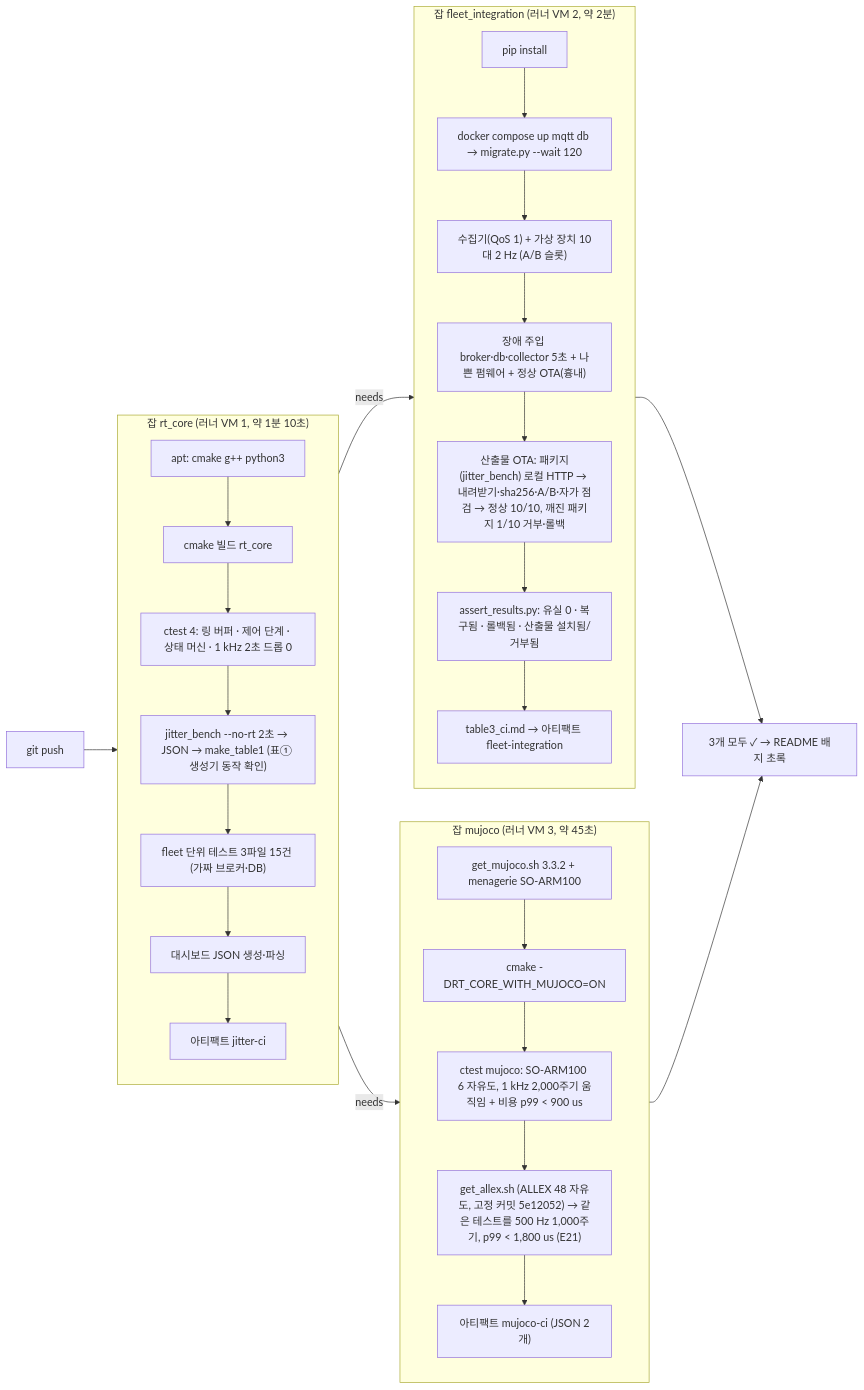
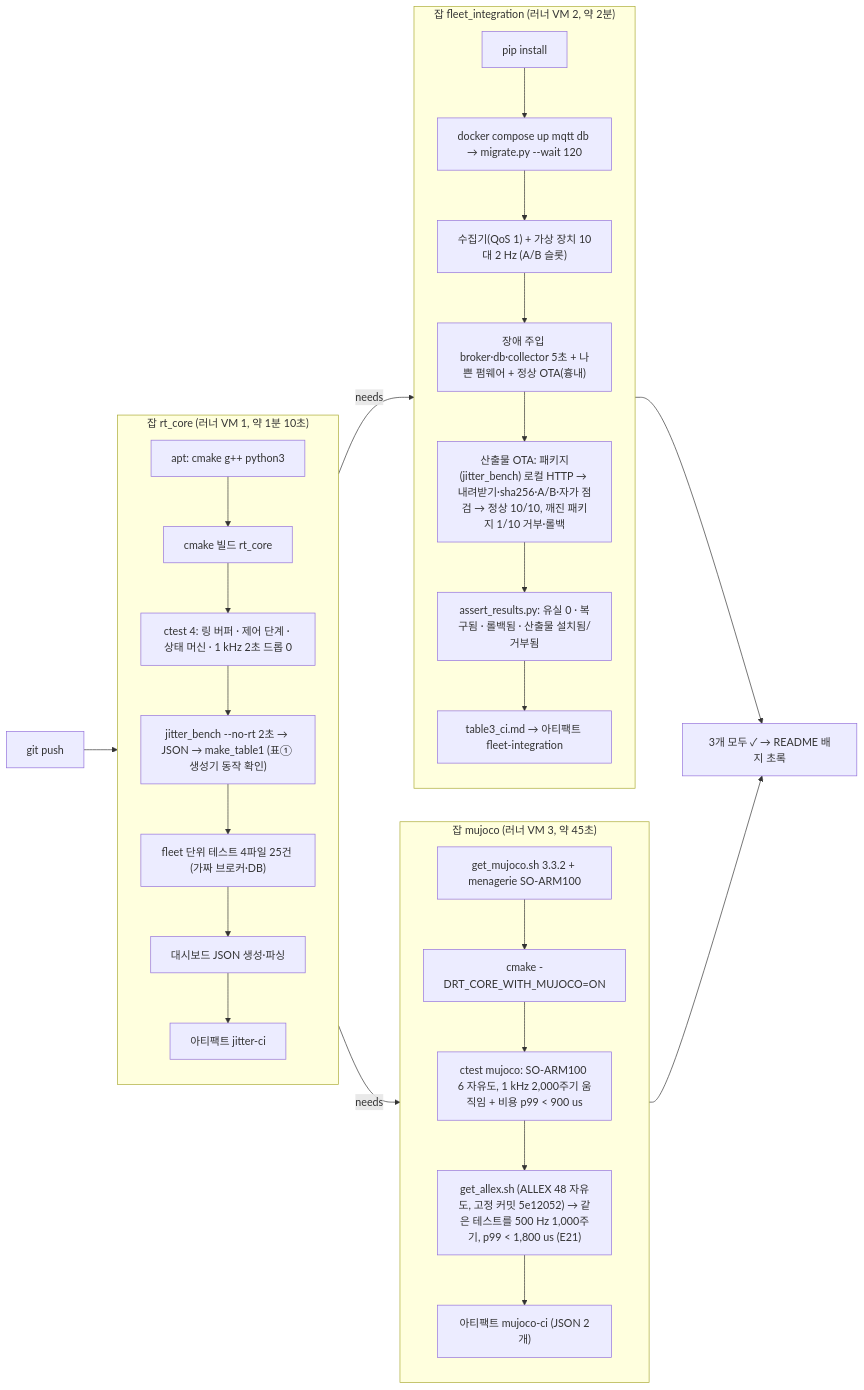
One commit to ohevance/rt-robot-data-infra changed the second of 3 diagrams in docs/ENVIRONMENT.md. Above: the diagram before and after it, drawn with Mermaid. The commit also changed other lines of this file and 12 other files, not shown here.

````diff
--- a/docs/ENVIRONMENT.md
+++ b/docs/ENVIRONMENT.md
@@ -118,26 +118,26 @@
 ```mermaid
 flowchart LR
   P["git push"] --> R1
   subgraph R1["잡 rt_core (러너 VM 1, 약 1분 10초)"]
     direction TB
     a1["apt: cmake g++ python3"] --> a2["cmake 빌드 rt_core"] --> a3["ctest 4: 링 버퍼 · 제어 단계 · 상태 머신 · 1 kHz 2초 드롭 0"]
     a3 --> a4["jitter_bench --no-rt 2초 → JSON → make_table1 (표① 생성기 동작 확인)"]
-    a4 --> a5["fleet 단위 테스트 3파일 15건 (가짜 브로커·DB)"] --> a6["대시보드 JSON 생성·파싱"] --> a7["아티팩트 jitter-ci"]
+    a4 --> a5["fleet 단위 테스트 4파일 25건 (가짜 브로커·DB)"] --> a6["대시보드 JSON 생성·파싱"] --> a7["아티팩트 jitter-ci"]
   end
   R1 -- needs --> R2
   R1 -- needs --> R3
   subgraph R2["잡 fleet_integration (러너 VM 2, 약 2분)"]
     direction TB
     b1["pip install"] --> b2["docker compose up mqtt db → migrate.py --wait 120"]
     b2 --> b3["수집기(QoS 1) + 가상 장치 10대 2 Hz (A/B 슬롯)"] --> b4["장애 주입 broker·db·collector 5초 + 나쁜 펌웨어 + 정상 OTA(흉내)"]
     b4 --> b4b["산출물 OTA: 패키지(jitter_bench) 로컬 HTTP → 내려받기·sha256·A/B·자가 점검 → 정상 10/10, 깨진 패키지 1/10 거부·롤백"]
     b4b --> b5["assert_results.py: 유실 0 · 복구됨 · 롤백됨 · 산출물 설치됨/거부됨"] --> b6["table3_ci.md → 아티팩트 fleet-integration"]
   end
   subgraph R3["잡 mujoco (러너 VM 3, 약 45초)"]
     direction TB
     c1["get_mujoco.sh 3.3.2 + menagerie SO-ARM100"] --> c2["cmake -DRT_CORE_WITH_MUJOCO=ON"] --> c3["ctest mujoco: SO-ARM100 6 자유도, 1 kHz 2,000주기 움직임 + 비용 p99 < 900 us"]
     c3 --> c3b["get_allex.sh (ALLEX 48 자유도, 고정 커밋 5e12052) → 같은 테스트를 500 Hz 1,000주기, p99 < 1,800 us (E21)"] --> c4["아티팩트 mujoco-ci (JSON 2개)"]
   end
   R2 --> OK["3개 모두 ✓ → README 배지 초록"]
   R3 --> OK
 ```
````
